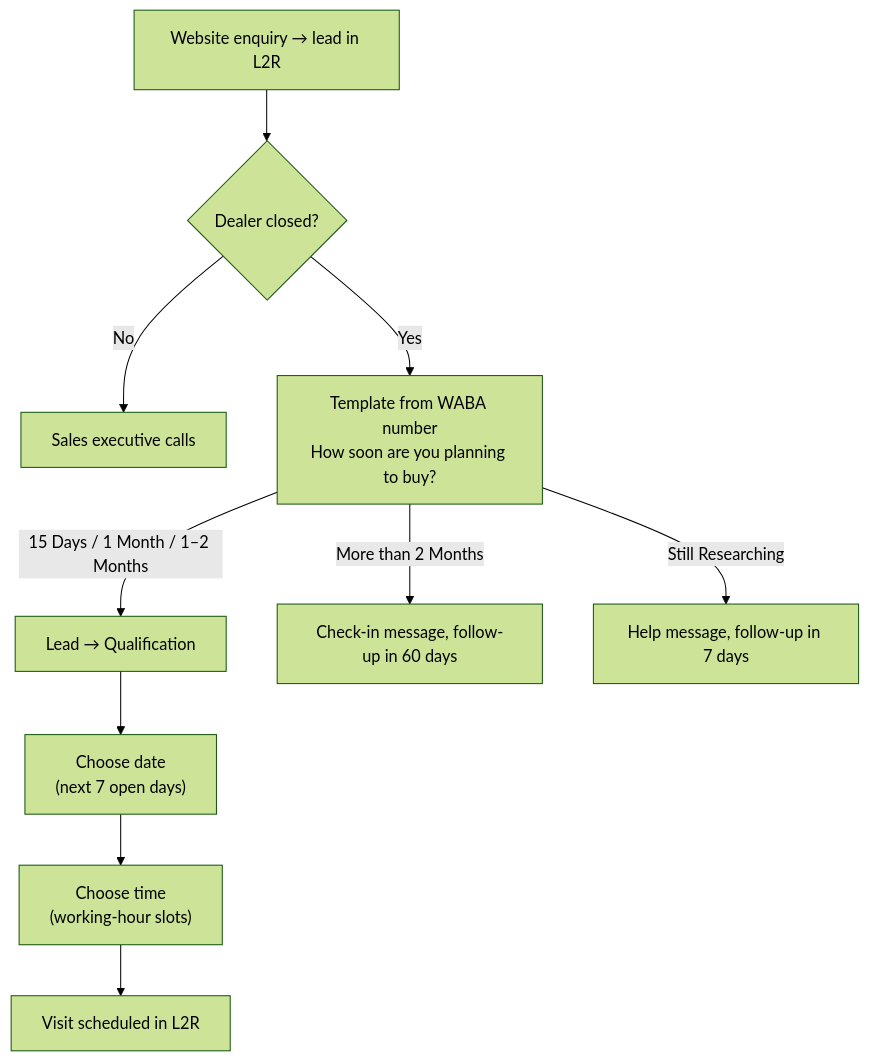
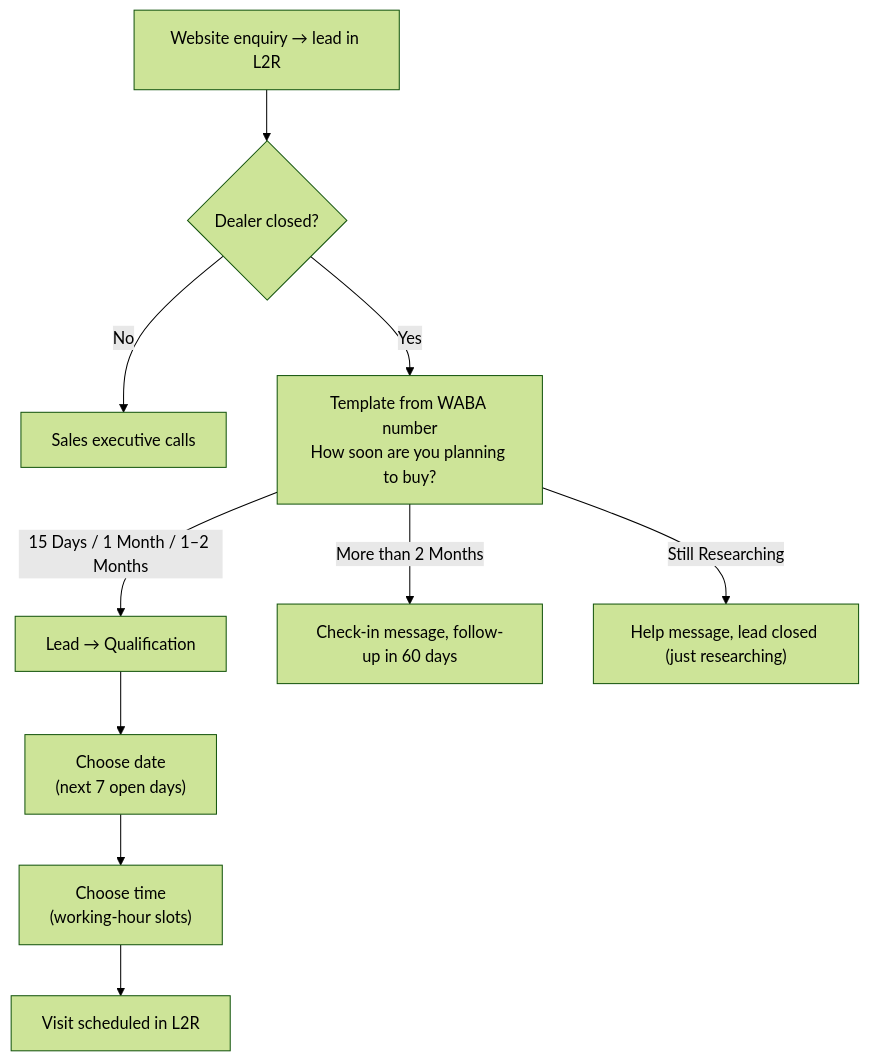
The diagram in README.md (prakharagarwal2906-lab/nwh-whatsapp-lead-qualifier), drawn with Mermaid (forest theme) before and after one commit. The commit also changed other lines of this file and 8 other files, not shown here.

First line of the commit message:
Close the lead on Still Researching; add Not interested reasons

````diff
--- a/README.md
+++ b/README.md
@@ -107,9 +107,9 @@
 ```mermaid
 flowchart TD
   A["Website enquiry → lead in L2R"] --> B{"Dealer closed?"}
   B -- No --> Z["Sales executive calls"]
   B -- Yes --> C["Template from WABA number<br/>How soon are you planning to buy?"]
   C -- "15 Days / 1 Month / 1–2 Months" --> Q["Lead → Qualification"] --> D["Choose date<br/>(next 7 open days)"] --> T["Choose time<br/>(working-hour slots)"] --> V["Visit scheduled in L2R"]
   C -- "More than 2 Months" --> N["Check-in message, follow-up in 60 days"]
-  C -- "Still Researching" --> R["Help message, follow-up in 7 days"]
+  C -- "Still Researching" --> R["Help message, lead closed (just researching)"]
 ```
````
